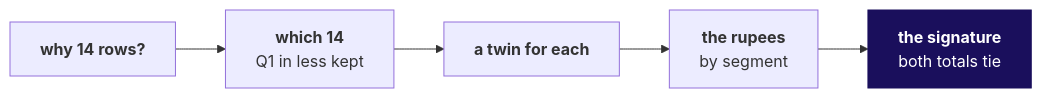
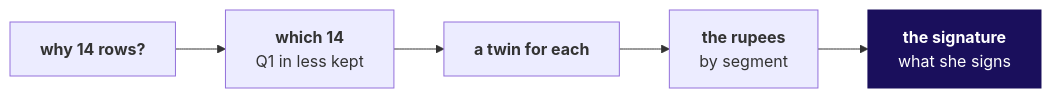
The sixth of 9 diagrams in content/W01/D3/slides/C2_W01_D03_half2_STUDENT.md (fde-academy-lab/c2-content-factory), drawn with Mermaid before and after one commit. The commit also changed other lines of this file and 7 other files, not shown here.

````diff
--- a/content/W01/D3/slides/C2_W01_D03_half2_STUDENT.md
+++ b/content/W01/D3/slides/C2_W01_D03_half2_STUDENT.md
@@ -455,9 +457,9 @@
 ```mermaid
 flowchart LR
     Q["<b>why 14 rows?</b>"] --> W["<b>which 14</b><br/>Q1 in less kept"]
     W --> T["<b>a twin for each</b>"]
     T --> R["<b>the rupees</b><br/>by segment"]
-    R --> S["<b>the signature</b><br/>both totals tie"]
+    R --> S["<b>the signature</b><br/>what she signs"]
     classDef bet fill:#1A0F5C,stroke:#1A0F5C,color:#FFFFFF
     class S bet
 ```
````
